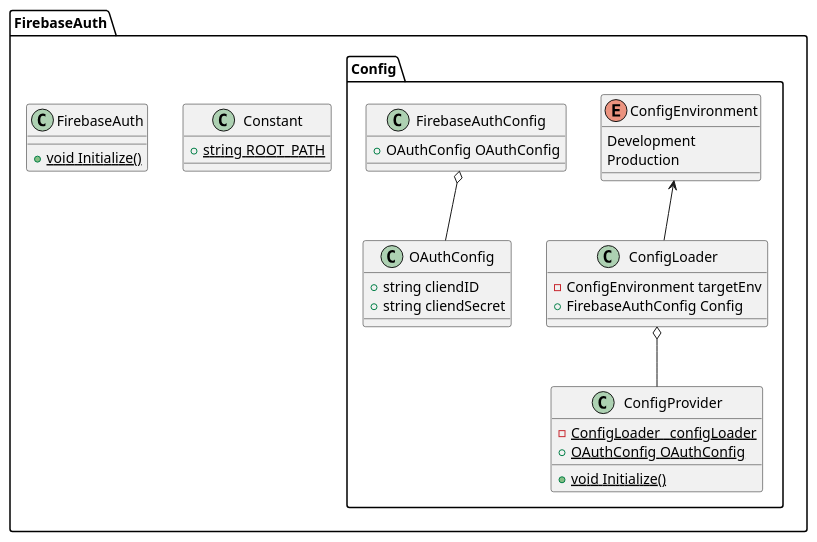
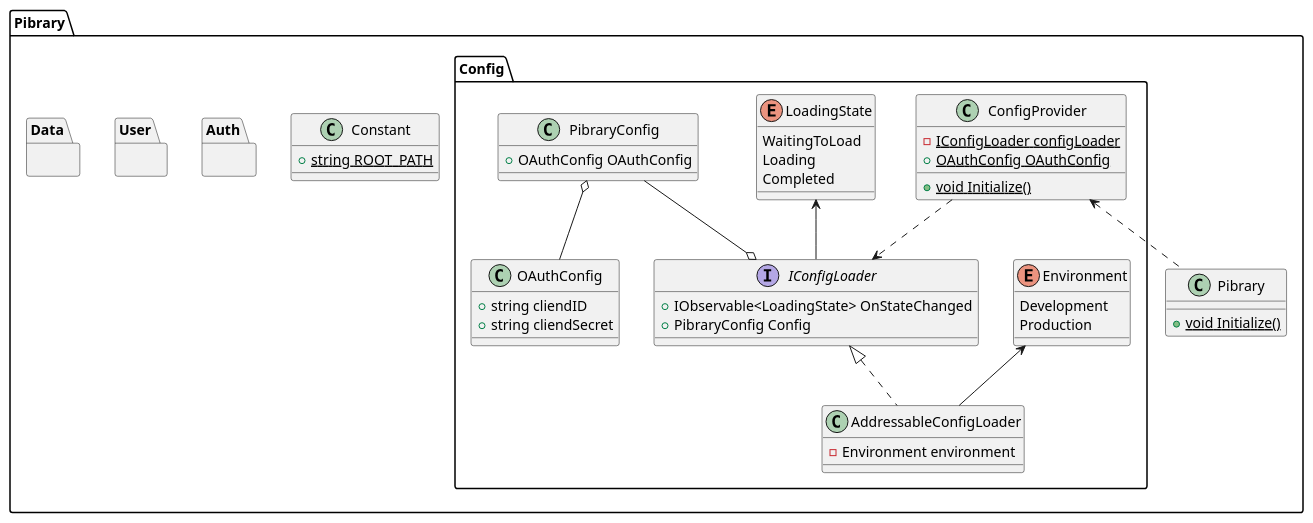
Before and after one commit to Harineko0/firebase-authenticator: the diagram in FirebaseAuthenticator.pu, drawn with PlantUML. The commit also changed 32 other files, not shown here.

```diff
--- a/FirebaseAuthenticator.pu
+++ b/FirebaseAuthenticator.pu
@@ -1,42 +1,69 @@
-@startuml FirebaseAuth
-namespace FirebaseAuth {
+@startuml Pibrary
+namespace Pibrary {
     class Constant {
         {static} + string ROOT_PATH
     }
 
-    class FirebaseAuth {
+    class Pibrary {
         {static} + void Initialize()
     }
 }
 
-namespace FirebaseAuth.Config {
-    enum ConfigEnvironment {
+namespace Pibrary.Config {
+    enum Environment
+    {
         Development
         Production
     }
 
-    class ConfigLoader {
-        - ConfigEnvironment targetEnv
-        + FirebaseAuthConfig Config
+    enum LoadingState {
+        WaitingToLoad
+        Loading
+        Completed
+    }
+
+    interface IConfigLoader {
+        + IObservable<LoadingState> OnStateChanged
+        + PibraryConfig Config
+    }
+
+    class AddressableConfigLoader implements IConfigLoader {
+        - Environment environment
     }
 
     class ConfigProvider {
-        {static} - ConfigLoader _configLoader
+        {static} - IConfigLoader configLoader
         {static} + OAuthConfig OAuthConfig
         {static} + void Initialize()
     }
 
-    class FirebaseAuthConfig {
+    class PibraryConfig {
         + OAuthConfig OAuthConfig
     }
 
     class OAuthConfig {
         + string cliendID
         + string cliendSecret
     }
 
-    ConfigLoader o-- ConfigProvider
-    ConfigEnvironment <-- ConfigLoader
-    FirebaseAuthConfig o-- OAuthConfig
+    PibraryConfig --o IConfigLoader
+    ConfigProvider ..> IConfigLoader
+    PibraryConfig o-- OAuthConfig
+    LoadingState <-- IConfigLoader
+    Environment <-- AddressableConfigLoader
 }
+
+namespace Pibrary.Auth {
+
+}
+
+namespace Pibrary.User {
+
+}
+
+namespace Pibrary.Data {
+
+}
+
+Pibrary.Config.ConfigProvider <.. Pibrary.Pibrary
 @enduml
```
